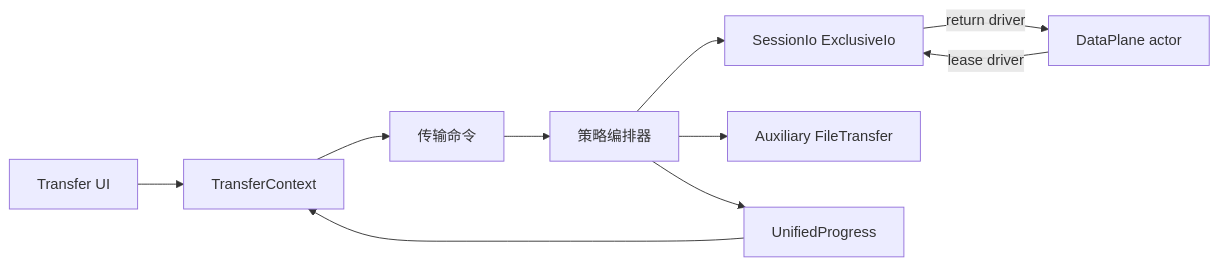
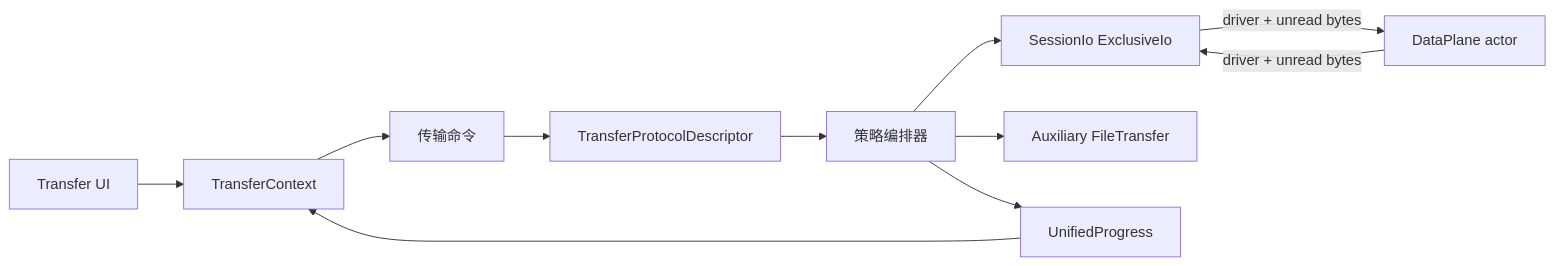
Before and after one commit to hamburger-os/TauTerm: the diagram in docs/modules/TRANSFER.md, drawn with Mermaid. The commit also changed other lines of this file and 18 other files, not shown here.

First line of the commit message:
refactor(transfer): harden inline handoff and progress lifecycle (#164)

````diff
--- a/docs/modules/TRANSFER.md
+++ b/docs/modules/TRANSFER.md
@@ -29,12 +33,13 @@
 ```mermaid
 flowchart LR
   UI["Transfer UI"] --> Context["TransferContext"]
   Context --> Command["传输命令"]
-  Command --> Orchestrator["策略编排器"]
+  Command --> Descriptor["TransferProtocolDescriptor"]
+  Descriptor --> Orchestrator["策略编排器"]
   Orchestrator --> Inline["SessionIo ExclusiveIo"]
   Orchestrator --> Side["Auxiliary FileTransfer"]
   Orchestrator --> Progress["UnifiedProgress"]
-  DP["DataPlane actor"] -- "lease driver" --> Inline
-  Inline -- "return driver" --> DP
+  DP["DataPlane actor"] -- "driver + unread bytes" --> Inline
+  Inline -- "driver + unread bytes" --> DP
   Progress --> Context
 ```
````
